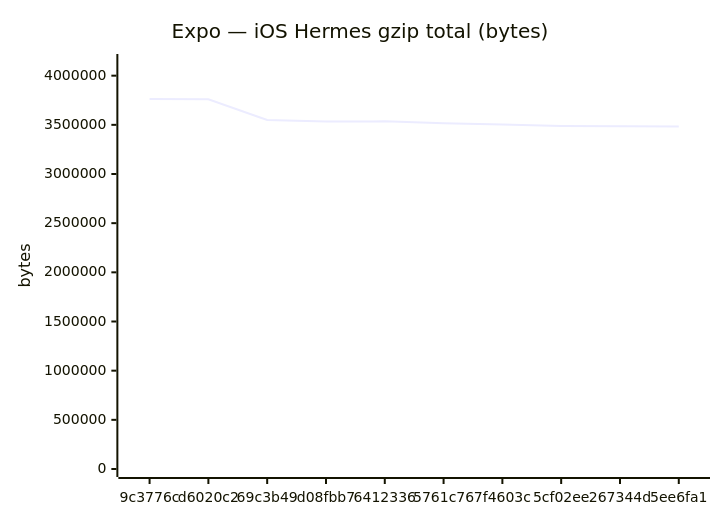
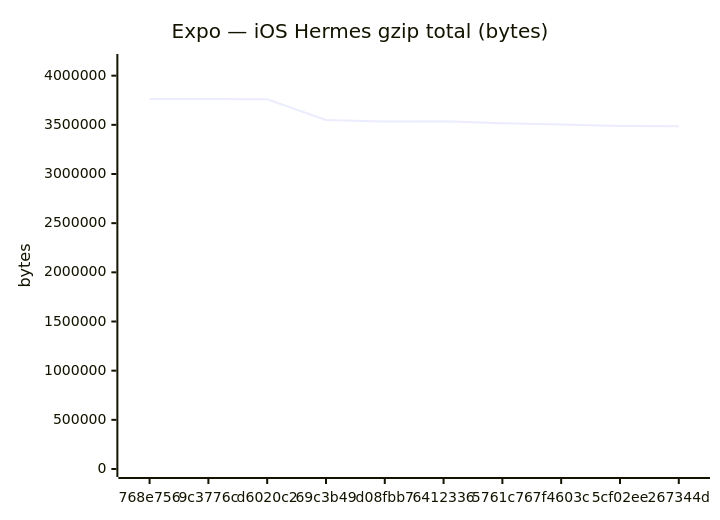
The sixth of 18 diagrams in benchmarks/compare.md (Metaheurist/Rianell), drawn with Mermaid before and after one commit. The commit also changed other lines of this file and 11 other files, not shown here.

````diff
--- a/benchmarks/compare.md
+++ b/benchmarks/compare.md
@@ -96,7 +96,7 @@
 ```mermaid
 xychart-beta
     title "Expo — iOS Hermes gzip total (bytes)"
-    x-axis ["9c3776c", "d6020c2", "69c3b49", "d08fbb7", "6412336", "5761c76", "7f4603c", "5cf02ee", "267344d", "5ee6fa1"]
+    x-axis ["768e756", "9c3776c", "d6020c2", "69c3b49", "d08fbb7", "6412336", "5761c76", "7f4603c", "5cf02ee", "267344d"]
     y-axis "bytes" 0 --> 4139007
-    line [3762733, 3759872, 3548602, 3534279, 3535273, 3515861, 3502937, 3488256, 3486228, 3483393]
+    line [3762498, 3762733, 3759872, 3548602, 3534279, 3535273, 3515861, 3502937, 3488256, 3486228]
 ```
````
